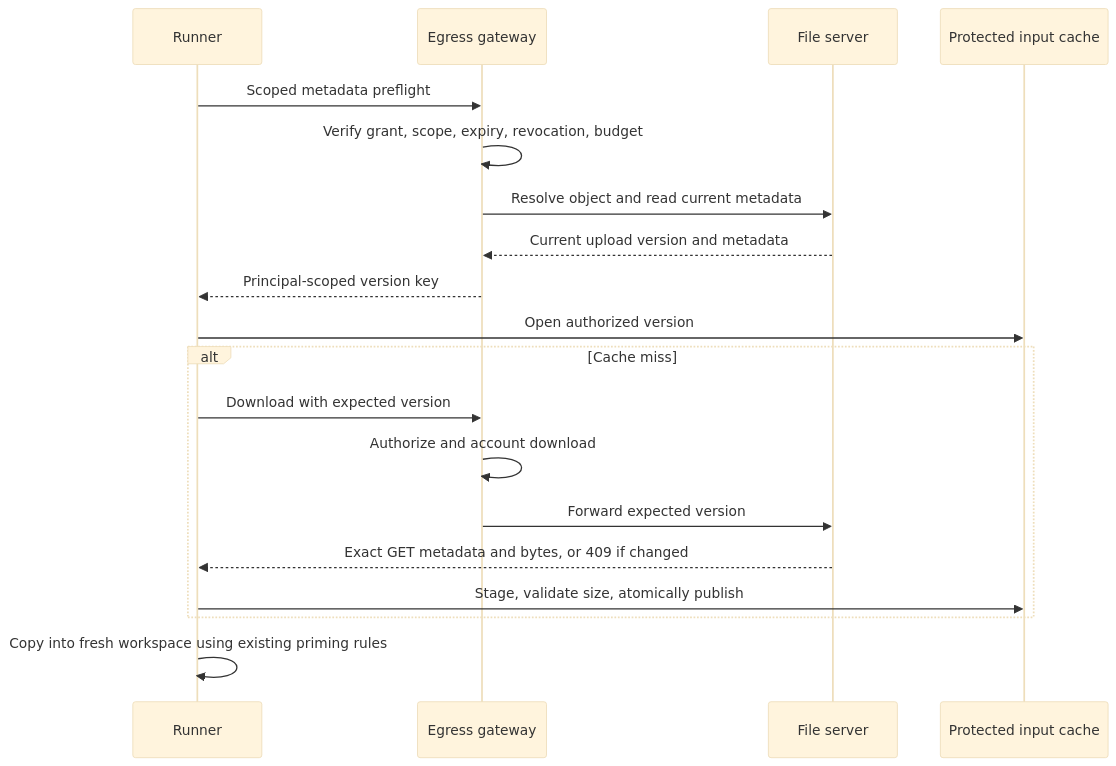
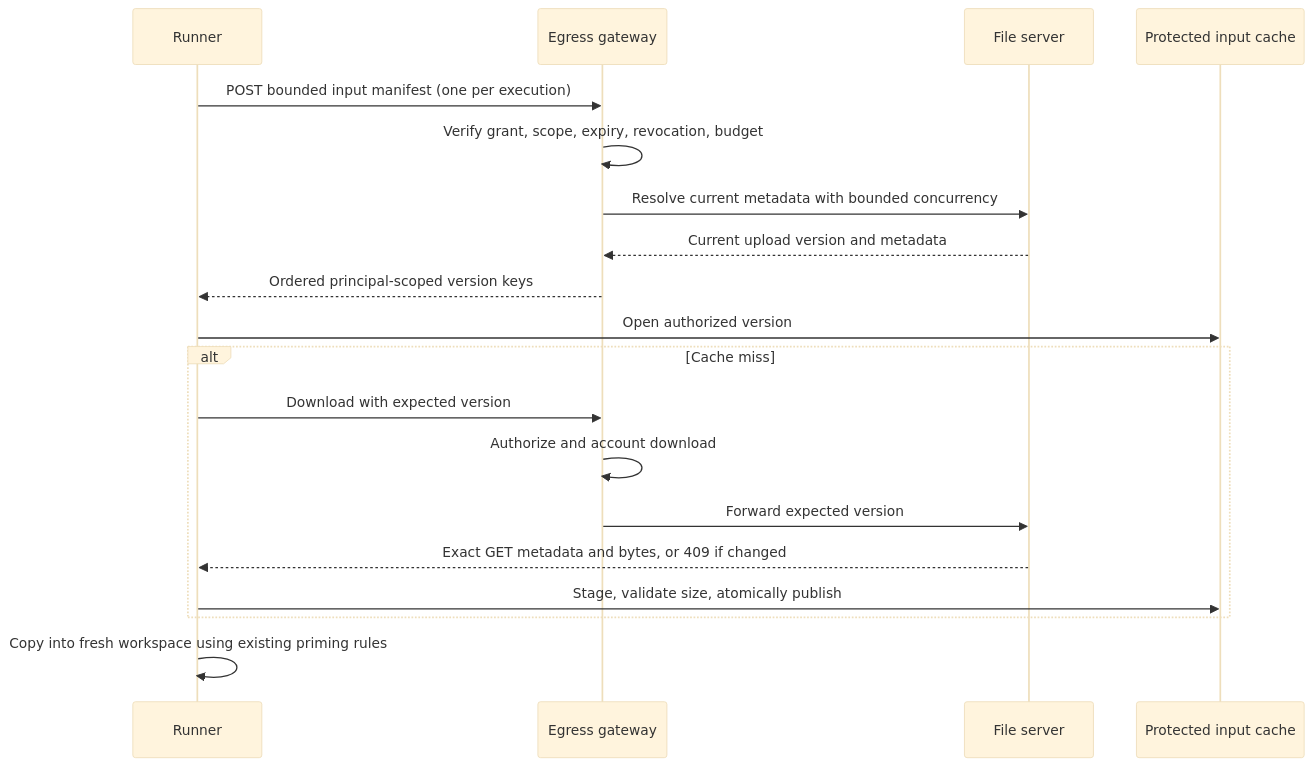
The diagram in docs/INPUT_REUSE.md (LibreChat-AI/code-interpreter), drawn with Mermaid (base theme) before and after one commit. The commit also changed other lines of this file and 9 other files, not shown here.

Commit message:
perf: resolve authorized input manifests once per execution

````diff
--- a/docs/INPUT_REUSE.md
+++ b/docs/INPUT_REUSE.md
@@ -5,21 +5,21 @@
 ```mermaid
 sequenceDiagram
     participant R as Runner
     participant G as Egress gateway
     participant F as File server
     participant C as Protected input cache
-    R->>G: Scoped metadata preflight
+    R->>G: POST bounded input manifest (one per execution)
     G->>G: Verify grant, scope, expiry, revocation, budget
-    G->>F: Resolve object and read current metadata
+    G->>F: Resolve current metadata with bounded concurrency
     F-->>G: Current upload version and metadata
-    G-->>R: Principal-scoped version key
+    G-->>R: Ordered principal-scoped version keys
     R->>C: Open authorized version
     alt Cache miss
         R->>G: Download with expected version
         G->>G: Authorize and account download
         G->>F: Forward expected version
         F-->>R: Exact GET metadata and bytes, or 409 if changed
         R->>C: Stage, validate size, atomically publish
     end
     R->>R: Copy into fresh workspace using existing priming rules
 ```
````
